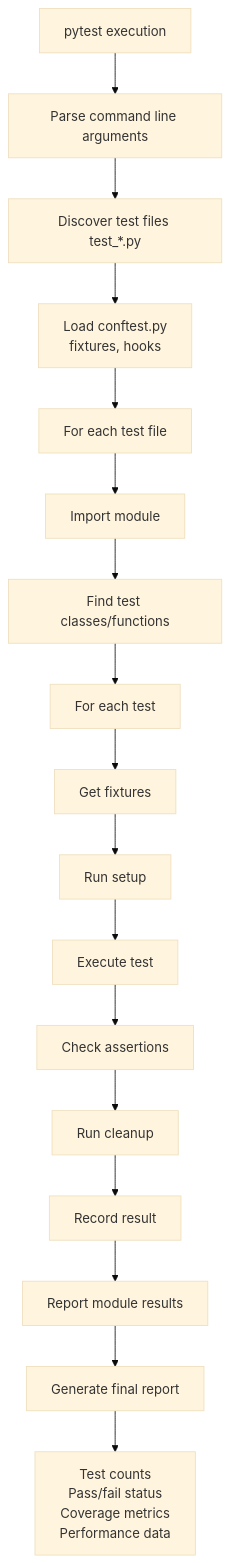
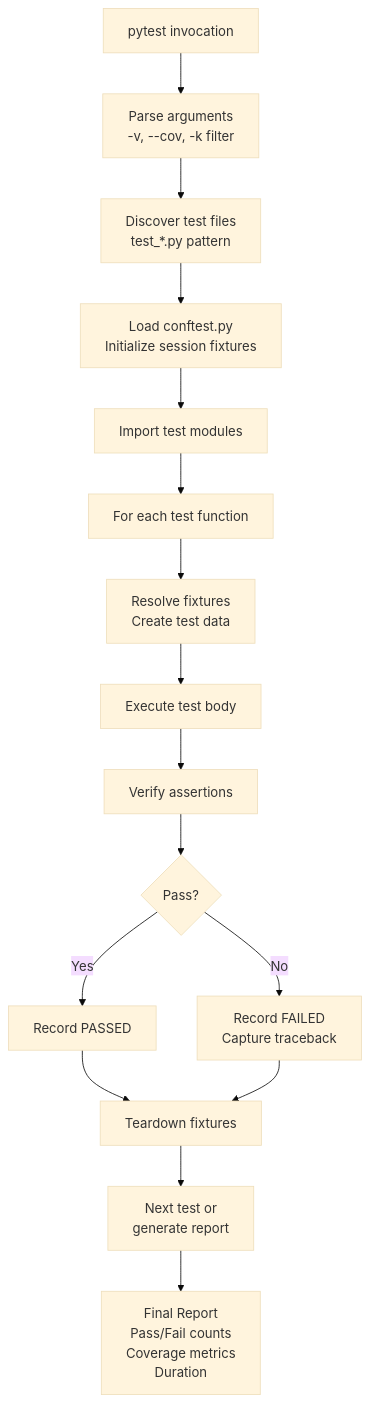
The second of 3 diagrams in tests/README.md (sayon999-d/career-regret-ai-), drawn with Mermaid (base theme) before and after one commit. The commit also changed other lines of this file and 26 other files, not shown here.

````diff
--- a/tests/README.md
+++ b/tests/README.md
@@ -437,19 +55,18 @@
 ```mermaid
 graph TD
-    A["pytest execution"] --> B["Parse command line arguments"]
-    B --> C["Discover test files test_*.py"]
-    C --> D["Load conftest.py<br/>fixtures, hooks"]
-    D --> E["For each test file"]
-    E --> F["Import module"]
-    F --> G["Find test classes/functions"]
-    G --> H["For each test"]
-    H --> I["Get fixtures"]
-    I --> J["Run setup"]
-    J --> K["Execute test"]
-    K --> L["Check assertions"]
-    L --> M["Run cleanup"]
-    M --> N["Record result"]
-    N --> O["Report module results"]
-    O --> P["Generate final report"]
-    P --> Q["Test counts<br/>Pass/fail status<br/>Coverage metrics<br/>Performance data"]
+    A["pytest invocation"] --> B["Parse arguments<br/>-v, --cov, -k filter"]
+    B --> C["Discover test files<br/>test_*.py pattern"]
+    C --> D["Load conftest.py<br/>Initialize session fixtures"]
+    D --> E["Import test modules"]
+    E --> F["For each test function"]
+    F --> G["Resolve fixtures<br/>Create test data"]
+    G --> H["Execute test body"]
+    H --> I["Verify assertions"]
+    I --> J{"Pass?"}
+    J -->|Yes| K["Record PASSED"]
+    J -->|No| L["Record FAILED<br/>Capture traceback"]
+    K --> M["Teardown fixtures"]
+    L --> M
+    M --> N["Next test or<br/>generate report"]
+    N --> O["Final Report<br/>Pass/Fail counts<br/>Coverage metrics<br/>Duration"]
 ```
````
